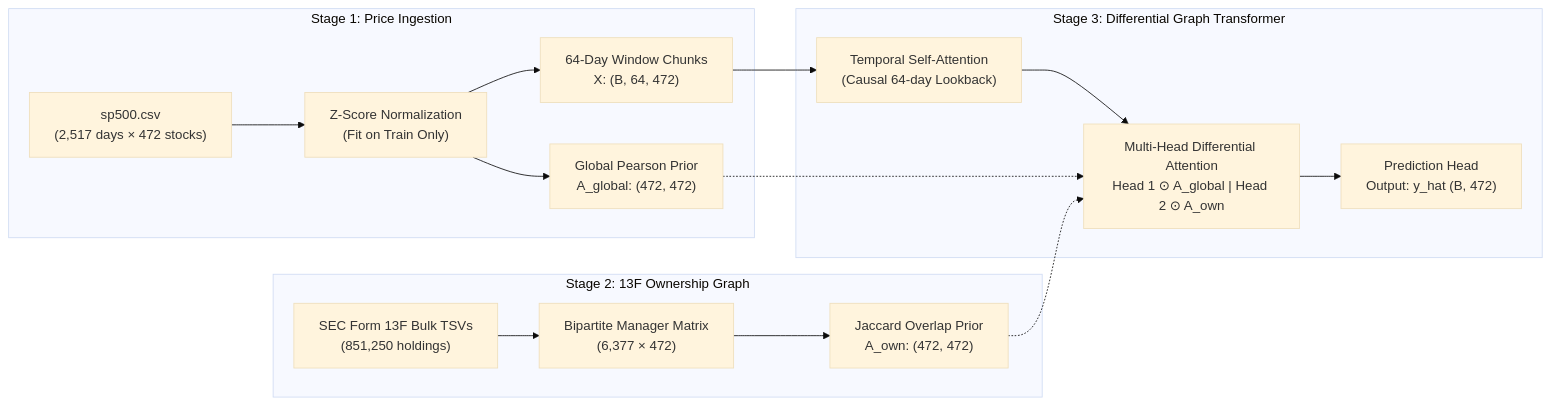
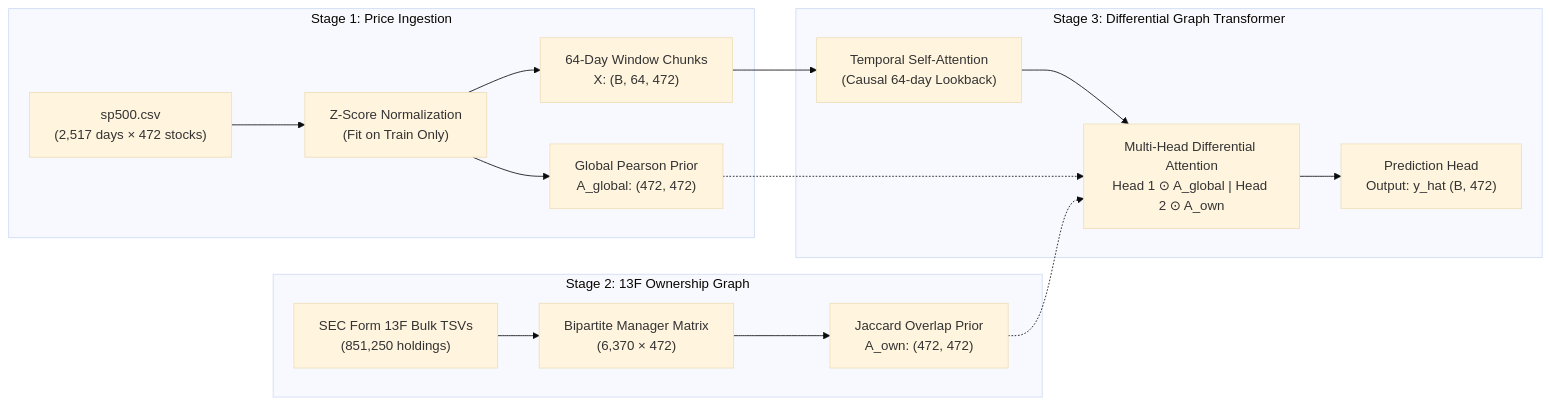
The diagram in README.md (amitashutosh/cs224w), drawn with Mermaid (base theme) before and after one commit. The commit also changed other lines of this file and 5 other files, not shown here.

````diff
--- a/README.md
+++ b/README.md
@@ -56,21 +56,21 @@
 ```mermaid
 flowchart LR
     subgraph S1 ["Stage 1: Price Ingestion"]
         P["sp500.csv<br/>(2,517 days × 472 stocks)"] --> Z["Z-Score Normalization<br/>(Fit on Train Only)"]
         Z --> T["64-Day Window Chunks<br/>X: (B, 64, 472)"]
         Z --> AG["Global Pearson Prior<br/>A_global: (472, 472)"]
     end
 
     subgraph S2 ["Stage 2: 13F Ownership Graph"]
-        SEC["SEC Form 13F Bulk TSVs<br/>(851,250 holdings)"] --> Bip["Bipartite Manager Matrix<br/>(6,377 × 472)"]
+        SEC["SEC Form 13F Bulk TSVs<br/>(851,250 holdings)"] --> Bip["Bipartite Manager Matrix<br/>(6,370 × 472)"]
         Bip --> AO["Jaccard Overlap Prior<br/>A_own: (472, 472)"]
     end
 
     subgraph S3 ["Stage 3: Differential Graph Transformer"]
         T --> Temp["Temporal Self-Attention<br/>(Causal 64-day Lookback)"]
         Temp --> Diff["Multi-Head Differential Attention<br/>Head 1 ⊙ A_global | Head 2 ⊙ A_own"]
         AG -.-> Diff
         AO -.-> Diff
         Diff --> MLP["Prediction Head<br/>Output: y_hat (B, 472)"]
     end
 ```
````
